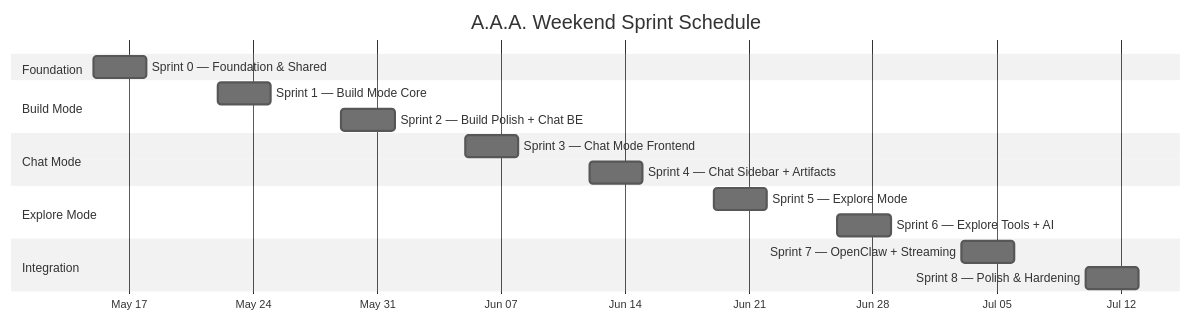
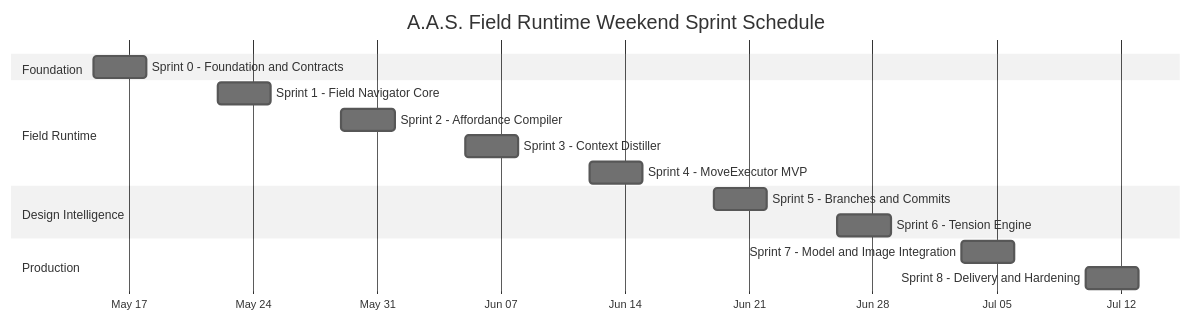
One commit to nyandesigns0/openclaw-guide changed the diagram in content/chapter-3.6.md. Above: the diagram before and after it, drawn with Mermaid (neutral theme). The commit also changed other lines of this file and 12 other files, not shown here.

Commit message:
docs: update chapters 1.1, 1.2, 2.1, 2.2, and 2.3 to define A.A.S. Field Runtime architecture, agent models, memory structures, and design principles

````diff
--- a/content/chapter-3.6.md
+++ b/content/chapter-3.6.md
@@ -382,25 +279,23 @@
 ```mermaid
 gantt
-    title A.A.A. Weekend Sprint Schedule
+    title A.A.S. Field Runtime Weekend Sprint Schedule
     dateFormat YYYY-MM-DD
     axisFormat %b %d
 
     section Foundation
-    Sprint 0 — Foundation & Shared       :s0, 2026-05-15, 3d
+    Sprint 0 - Foundation and Contracts    :s0, 2026-05-15, 3d
 
-    section Build Mode
-    Sprint 1 — Build Mode Core            :s1, 2026-05-22, 3d
-    Sprint 2 — Build Polish + Chat BE     :s2, 2026-05-29, 3d
+    section Field Runtime
+    Sprint 1 - Field Navigator Core        :s1, 2026-05-22, 3d
+    Sprint 2 - Affordance Compiler         :s2, 2026-05-29, 3d
+    Sprint 3 - Context Distiller           :s3, 2026-06-05, 3d
+    Sprint 4 - MoveExecutor MVP            :s4, 2026-06-12, 3d
 
-    section Chat Mode
-    Sprint 3 — Chat Mode Frontend         :s3, 2026-06-05, 3d
-    Sprint 4 — Chat Sidebar + Artifacts   :s4, 2026-06-12, 3d
+    section Design Intelligence
+    Sprint 5 - Branches and Commits        :s5, 2026-06-19, 3d
+    Sprint 6 - Tension Engine              :s6, 2026-06-26, 3d
 
-    section Explore Mode
-    Sprint 5 — Explore Mode               :s5, 2026-06-19, 3d
-    Sprint 6 — Explore Tools + AI         :s6, 2026-06-26, 3d
-
-    section Integration
-    Sprint 7 — OpenClaw + Streaming       :s7, 2026-07-03, 3d
-    Sprint 8 — Polish & Hardening         :s8, 2026-07-10, 3d
+    section Production
+    Sprint 7 - Model and Image Integration :s7, 2026-07-03, 3d
+    Sprint 8 - Delivery and Hardening      :s8, 2026-07-10, 3d
 ```
````
